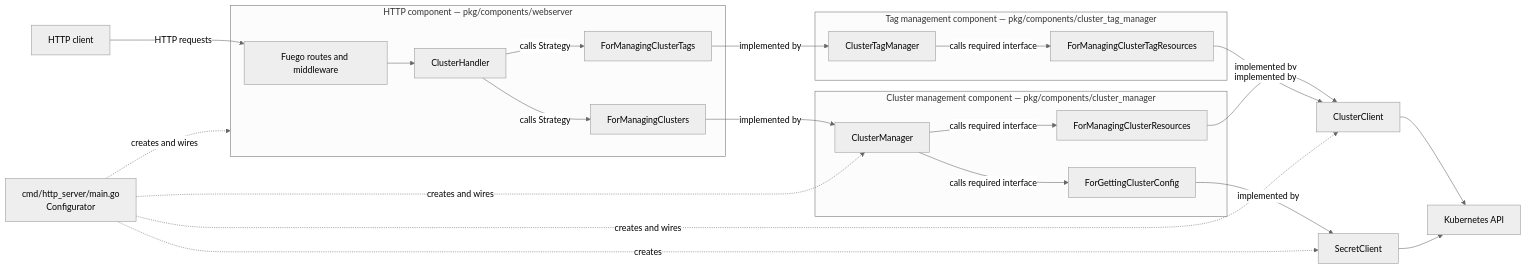
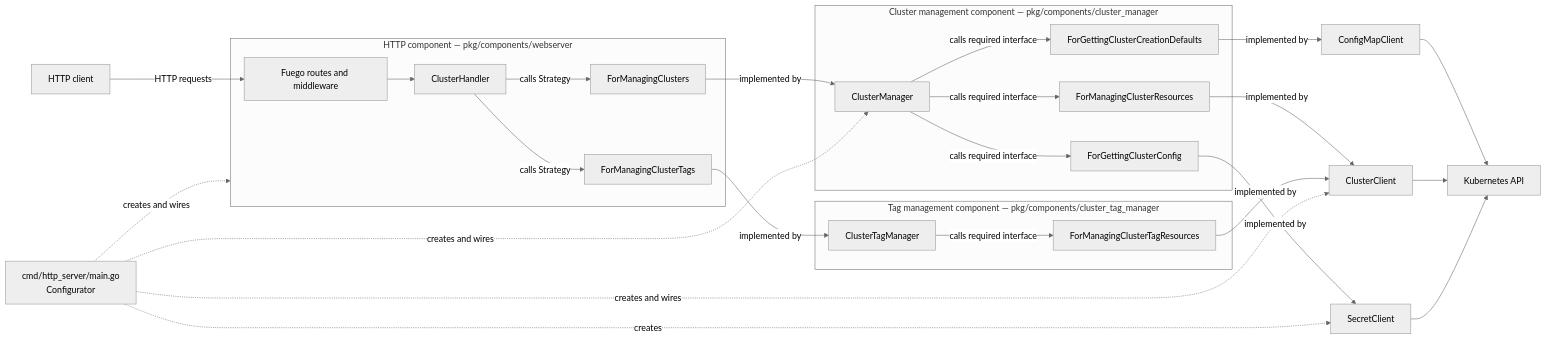
One commit to vatesfr/vmk-engine changed the diagram in architecture.md. Above: the diagram before and after it, drawn with Mermaid (neutral theme). The commit also changed other lines of this file and 9 other files, not shown here.

````diff
--- a/architecture.md
+++ b/architecture.md
@@ -53,37 +53,41 @@
 ```mermaid
 flowchart LR
     client[HTTP client] -->|HTTP requests| fuego[Fuego routes and middleware]
 
     subgraph http[HTTP component — pkg/components/webserver]
         fuego --> handlers[ClusterHandler]
         handlers -->|calls Strategy| port[ForManagingClusters]
         handlers -->|calls Strategy| tagport[ForManagingClusterTags]
     end
 
     subgraph clustercomponent[Cluster management component — pkg/components/cluster_manager]
         manager[ClusterManager]
         clusterport[ForManagingClusterResources]
         configport[ForGettingClusterConfig]
+        defaultsport[ForGettingClusterCreationDefaults]
         manager -->|calls required interface| clusterport
         manager -->|calls required interface| configport
+        manager -->|calls required interface| defaultsport
     end
 
     subgraph tagcomponent[Tag management component — pkg/components/cluster_tag_manager]
         tagmanager[ClusterTagManager]
         tagresourceport[ForManagingClusterTagResources]
         tagmanager -->|calls required interface| tagresourceport
     end
 
     port -->|implemented by| manager
     tagport -->|implemented by| tagmanager
     clusterport -->|implemented by| clusters[ClusterClient]
     tagresourceport -->|implemented by| clusters
     configport -->|implemented by| secrets[SecretClient]
+    defaultsport -->|implemented by| defaults[ConfigMapClient]
+    defaults --> api
     clusters --> api[Kubernetes API]
     secrets --> api
 
     configurator[cmd/http_server/main.go\nConfigurator] -. creates and wires .-> http
     configurator -. creates and wires .-> manager
     configurator -. creates and wires .-> clusters
     configurator -. creates .-> secrets
 ```
````
